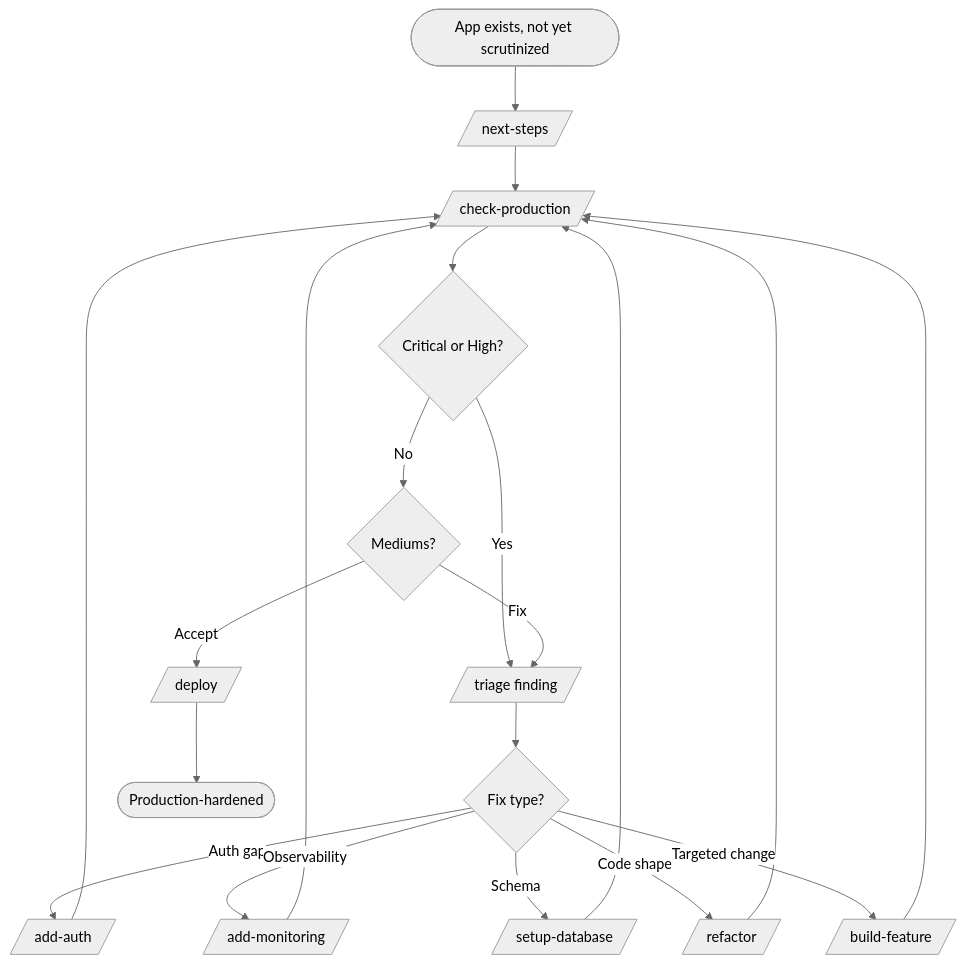
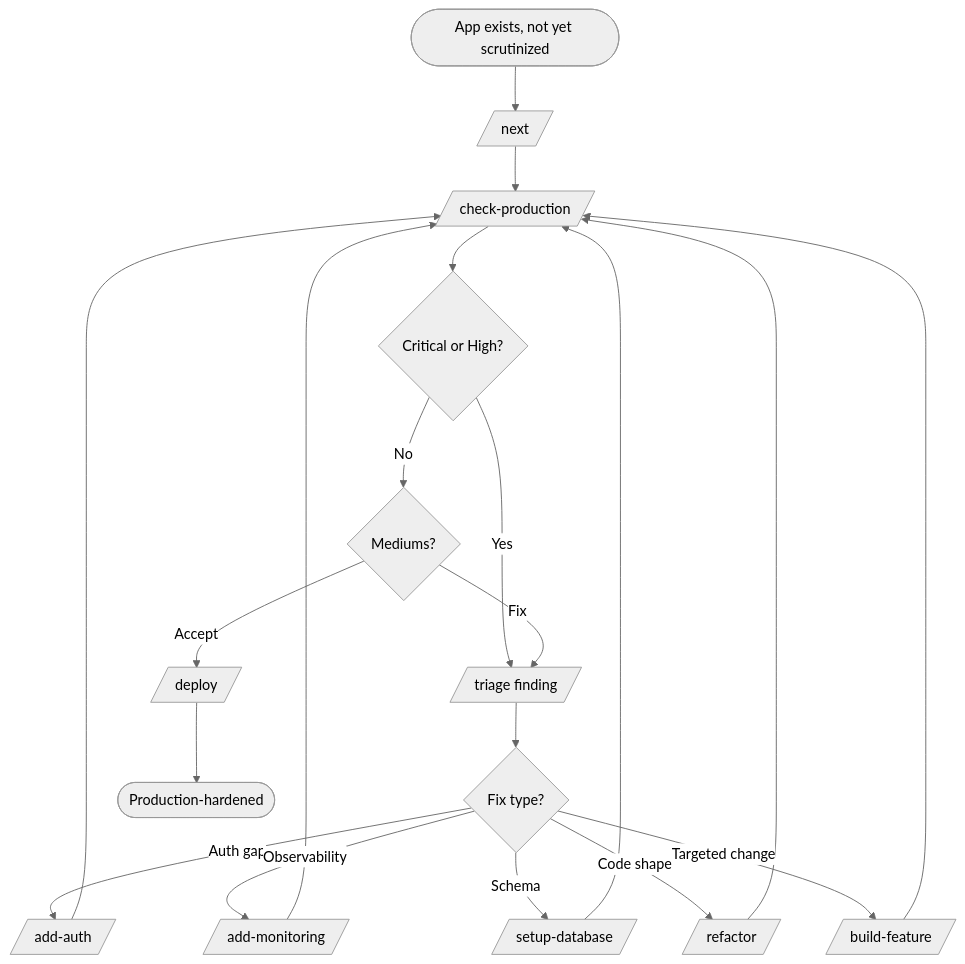
The diagram in workflows/W7-audit-harden.md (jnlanahan/Product-Agents-and-Skills), drawn with Mermaid (neutral theme) before and after one commit. The commit also changed other lines of this file and 14 other files, not shown here.

First line of the commit message:
chore: sync stale /next-steps refs and counts after enhancements

````diff
--- a/workflows/W7-audit-harden.md
+++ b/workflows/W7-audit-harden.md
@@ -37,22 +37,22 @@
 ```mermaid
 flowchart TD
-    Start([App exists, not yet scrutinized]) --> Next[/next-steps/]
+    Start([App exists, not yet scrutinized]) --> Next[/next/]
     Next --> Audit[/check-production/]
     Audit --> Findings{Critical or High?}
     Findings -- Yes --> Tri[/triage finding/]
     Tri --> Fix{Fix type?}
     Fix -- Auth gap --> Auth[/add-auth/]
     Fix -- Observability --> Mon[/add-monitoring/]
     Fix -- Schema --> DB[/setup-database/]
     Fix -- Code shape --> Refac[/refactor/]
     Fix -- Targeted change --> Feat[/build-feature/]
     Auth --> Audit
     Mon --> Audit
     DB --> Audit
     Refac --> Audit
     Feat --> Audit
     Findings -- No --> Med{Mediums?}
     Med -- Fix --> Tri
     Med -- Accept --> Dep[/deploy/]
     Dep --> Done([Production-hardened])
 ```
````
